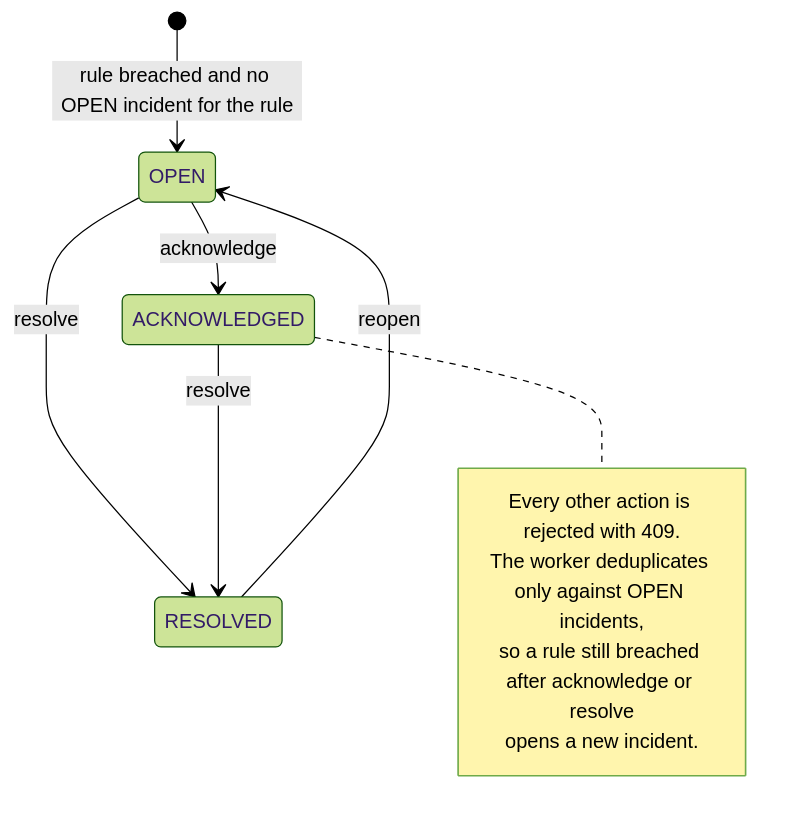
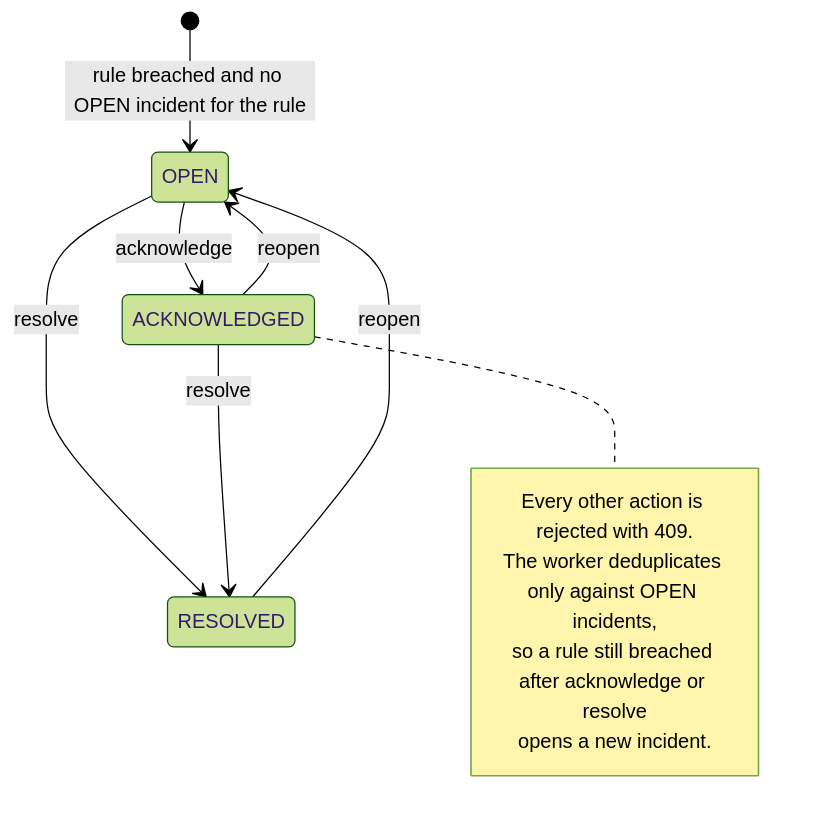
Before and after one commit to LanNguyenSi/telerithm: the third of 3 diagrams in docs/architecture.md, drawn with Mermaid (forest theme). The commit also changed other lines of this file and 6 other files, not shown here.

First line of the commit message:
fix(alert): let reopen take an acknowledged incident back to OPEN

````diff
--- a/docs/architecture.md
+++ b/docs/architecture.md
@@ -150,14 +150,15 @@
 ```mermaid
 stateDiagram-v2
   [*] --> OPEN: rule breached and no OPEN incident for the rule
   OPEN --> ACKNOWLEDGED: acknowledge
   OPEN --> RESOLVED: resolve
   ACKNOWLEDGED --> RESOLVED: resolve
+  ACKNOWLEDGED --> OPEN: reopen
   RESOLVED --> OPEN: reopen
   note right of ACKNOWLEDGED
     Every other action is rejected with 409.
     The worker deduplicates only against OPEN incidents,
     so a rule still breached after acknowledge or resolve
     opens a new incident.
   end note
 ```
````
